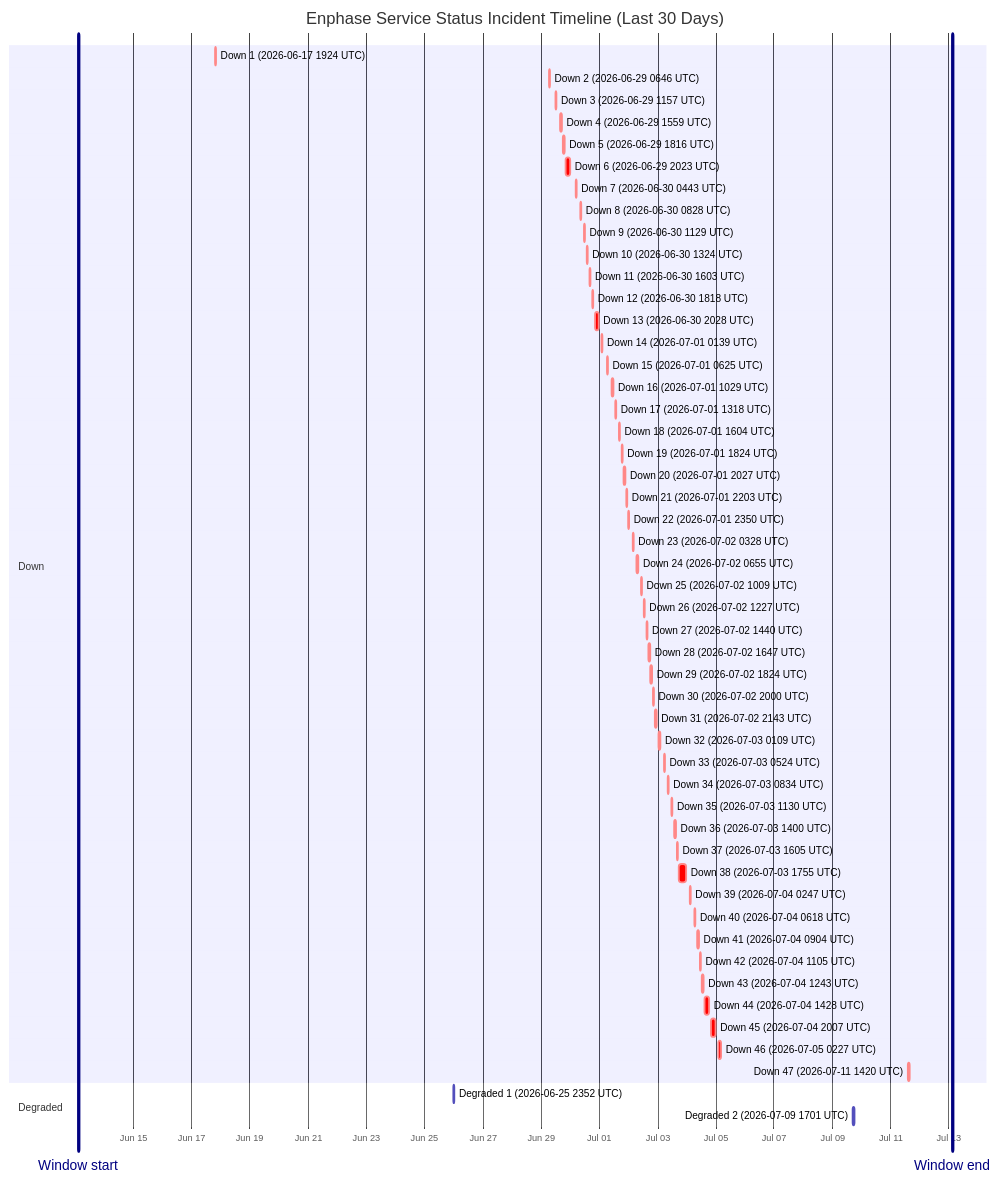
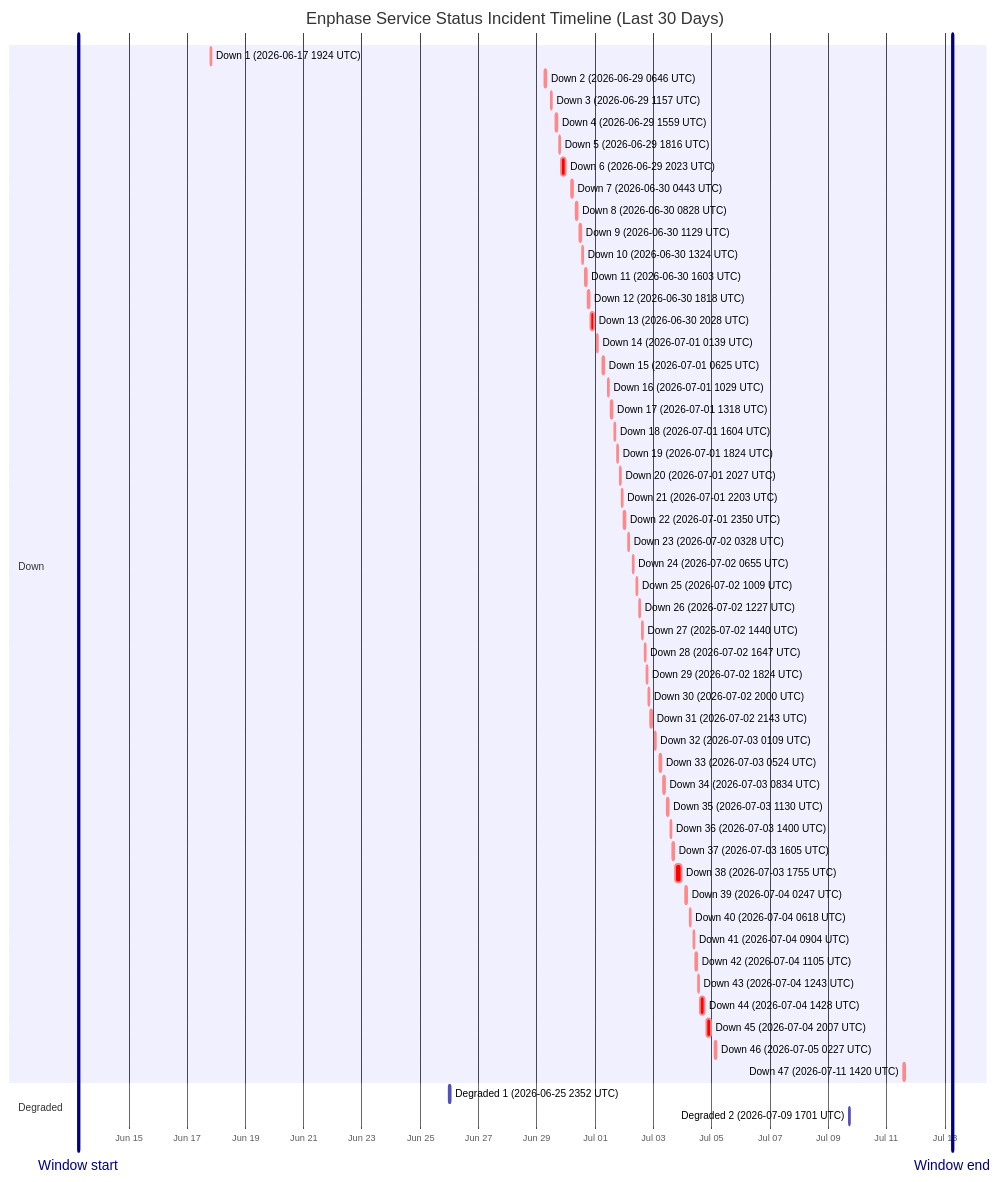
One commit to barneyonline/ha-enphase-energy changed the diagram in wiki/Service-Status-History.md. Above: the diagram before and after it, drawn with Mermaid. The commit also changed other lines of this file and 3 other files, not shown here.

````diff
--- a/wiki/Service-Status-History.md
+++ b/wiki/Service-Status-History.md
@@ -14,59 +14,59 @@
 ```mermaid
 gantt
     title Enphase Service Status Incident Timeline (Last 30 Days)
     dateFormat  YYYY-MM-DDTHH:mm:ss
     axisFormat  %b %d
-    Window start :vert, window-start, 2026-06-13T02:39:35, 0ms
-    Window end :vert, window-end, 2026-07-13T02:39:35, 0ms
+    Window start :vert, window-start, 2026-06-13T06:16:12, 0ms
+    Window end :vert, window-end, 2026-07-13T06:16:12, 0ms
     section Down
     Down 1 (2026-06-17 1924 UTC) :crit, down-1, 2026-06-17T19:24:51, 60m
     Down 2 (2026-06-29 0646 UTC) :crit, down-2, 2026-06-29T06:46:18, 60m
     Down 3 (2026-06-29 1157 UTC) :crit, down-3, 2026-06-29T11:57:36, 60m
     Down 4 (2026-06-29 1559 UTC) :crit, down-4, 2026-06-29T15:59:02, 60m
     Down 5 (2026-06-29 1816 UTC) :crit, down-5, 2026-06-29T18:16:38, 60m
     Down 6 (2026-06-29 2023 UTC) :crit, down-6, 2026-06-29T20:23:16, 220m
     Down 7 (2026-06-30 0443 UTC) :crit, down-7, 2026-06-30T04:43:54, 60m
     Down 8 (2026-06-30 0828 UTC) :crit, down-8, 2026-06-30T08:28:43, 60m
     Down 9 (2026-06-30 1129 UTC) :crit, down-9, 2026-06-30T11:29:15, 60m
     Down 10 (2026-06-30 1324 UTC) :crit, down-10, 2026-06-30T13:24:25, 60m
     Down 11 (2026-06-30 1603 UTC) :crit, down-11, 2026-06-30T16:03:26, 60m
     Down 12 (2026-06-30 1818 UTC) :crit, down-12, 2026-06-30T18:18:39, 60m
     Down 13 (2026-06-30 2028 UTC) :crit, down-13, 2026-06-30T20:28:54, 171m
     Down 14 (2026-07-01 0139 UTC) :crit, down-14, 2026-07-01T01:39:18, 60m
     Down 15 (2026-07-01 0625 UTC) :crit, down-15, 2026-07-01T06:25:35, 60m
     Down 16 (2026-07-01 1029 UTC) :crit, down-16, 2026-07-01T10:29:24, 60m
     Down 17 (2026-07-01 1318 UTC) :crit, down-17, 2026-07-01T13:18:31, 60m
     Down 18 (2026-07-01 1604 UTC) :crit, down-18, 2026-07-01T16:04:29, 60m
     Down 19 (2026-07-01 1824 UTC) :crit, down-19, 2026-07-01T18:24:21, 60m
     Down 20 (2026-07-01 2027 UTC) :crit, down-20, 2026-07-01T20:27:17, 60m
     Down 21 (2026-07-01 2203 UTC) :crit, down-21, 2026-07-01T22:03:46, 60m
     Down 22 (2026-07-01 2350 UTC) :crit, down-22, 2026-07-01T23:50:52, 60m
     Down 23 (2026-07-02 0328 UTC) :crit, down-23, 2026-07-02T03:28:33, 60m
     Down 24 (2026-07-02 0655 UTC) :crit, down-24, 2026-07-02T06:55:07, 60m
     Down 25 (2026-07-02 1009 UTC) :crit, down-25, 2026-07-02T10:09:15, 60m
     Down 26 (2026-07-02 1227 UTC) :crit, down-26, 2026-07-02T12:27:49, 60m
     Down 27 (2026-07-02 1440 UTC) :crit, down-27, 2026-07-02T14:40:53, 60m
     Down 28 (2026-07-02 1647 UTC) :crit, down-28, 2026-07-02T16:47:47, 60m
     Down 29 (2026-07-02 1824 UTC) :crit, down-29, 2026-07-02T18:24:26, 60m
     Down 30 (2026-07-02 2000 UTC) :crit, down-30, 2026-07-02T20:00:57, 60m
     Down 31 (2026-07-02 2143 UTC) :crit, down-31, 2026-07-02T21:43:52, 80m
     Down 32 (2026-07-03 0109 UTC) :crit, down-32, 2026-07-03T01:09:19, 60m
     Down 33 (2026-07-03 0524 UTC) :crit, down-33, 2026-07-03T05:24:23, 60m
     Down 34 (2026-07-03 0834 UTC) :crit, down-34, 2026-07-03T08:34:05, 60m
     Down 35 (2026-07-03 1130 UTC) :crit, down-35, 2026-07-03T11:30:41, 60m
     Down 36 (2026-07-03 1400 UTC) :crit, down-36, 2026-07-03T14:00:48, 60m
     Down 37 (2026-07-03 1605 UTC) :crit, down-37, 2026-07-03T16:05:49, 60m
     Down 38 (2026-07-03 1755 UTC) :crit, down-38, 2026-07-03T17:55:54, 338m
     Down 39 (2026-07-04 0247 UTC) :crit, down-39, 2026-07-04T02:47:22, 60m
     Down 40 (2026-07-04 0618 UTC) :crit, down-40, 2026-07-04T06:18:09, 60m
     Down 41 (2026-07-04 0904 UTC) :crit, down-41, 2026-07-04T09:04:41, 60m
     Down 42 (2026-07-04 1105 UTC) :crit, down-42, 2026-07-04T11:05:21, 60m
     Down 43 (2026-07-04 1243 UTC) :crit, down-43, 2026-07-04T12:43:25, 60m
     Down 44 (2026-07-04 1428 UTC) :crit, down-44, 2026-07-04T14:28:07, 243m
     Down 45 (2026-07-04 2007 UTC) :crit, down-45, 2026-07-04T20:07:50, 206m
     Down 46 (2026-07-05 0227 UTC) :crit, down-46, 2026-07-05T02:27:32, 109m
     Down 47 (2026-07-11 1420 UTC) :crit, down-47, 2026-07-11T14:20:54, 69m
     section Degraded
     Degraded 1 (2026-06-25 2352 UTC) :active, degraded-1, 2026-06-25T23:52:01, 60m
     Degraded 2 (2026-07-09 1701 UTC) :active, degraded-2, 2026-07-09T17:01:02, 60m
 ```
````
